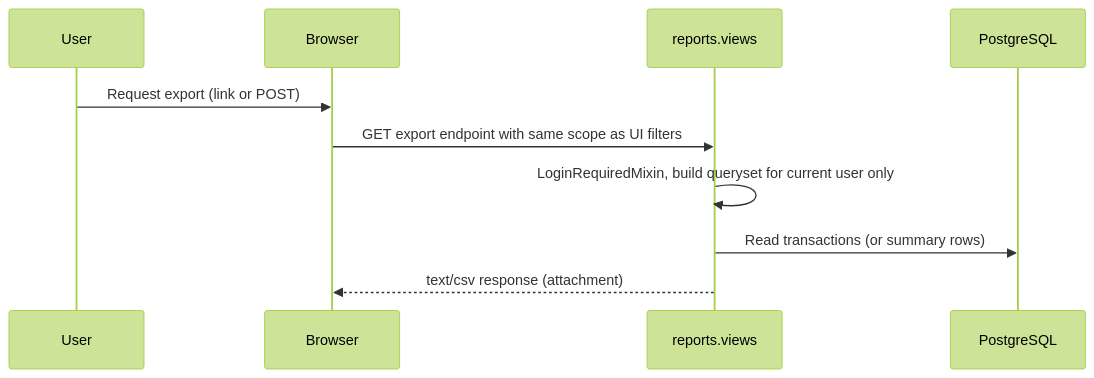
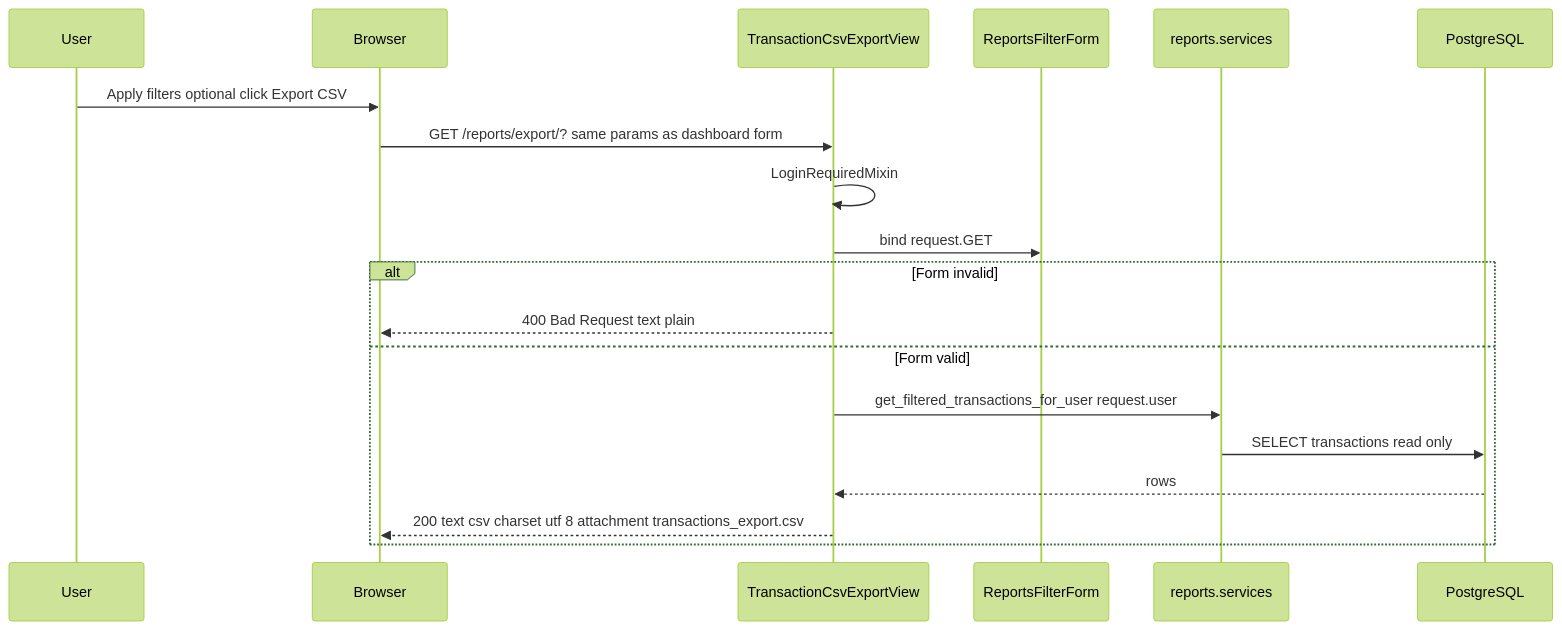
One commit to anibalrojosan/proggy-wallet changed the seventh of 7 diagrams in docs/FLOWS.md. Above: the diagram before and after it, drawn with Mermaid (forest theme). The commit also changed other lines of this file and 9 other files, not shown here.

````diff
--- a/docs/FLOWS.md
+++ b/docs/FLOWS.md
@@ -181,13 +194,22 @@
 ```mermaid
 sequenceDiagram
     participant User
     participant Browser
-    participant View as reports.views
+    participant View as TransactionCsvExportView
+    participant Form as ReportsFilterForm
+    participant Svc as reports.services
     participant DB as PostgreSQL
 
-    User->>Browser: Request export (link or POST)
-    Browser->>View: GET export endpoint with same scope as UI filters
-    View->>View: LoginRequiredMixin, build queryset for current user only
-    View->>DB: Read transactions (or summary rows)
-    View-->>Browser: text/csv response (attachment)
+    User->>Browser: Apply filters optional click Export CSV
+    Browser->>View: GET /reports/export/? same params as dashboard form
+    View->>View: LoginRequiredMixin
+    View->>Form: bind request.GET
+    alt Form invalid
+        View-->>Browser: 400 Bad Request text plain
+    else Form valid
+        View->>Svc: get_filtered_transactions_for_user request.user
+        Svc->>DB: SELECT transactions read only
+        DB-->>View: rows
+        View-->>Browser: 200 text csv charset utf 8 attachment transactions_export.csv
+    end
 ```
````
